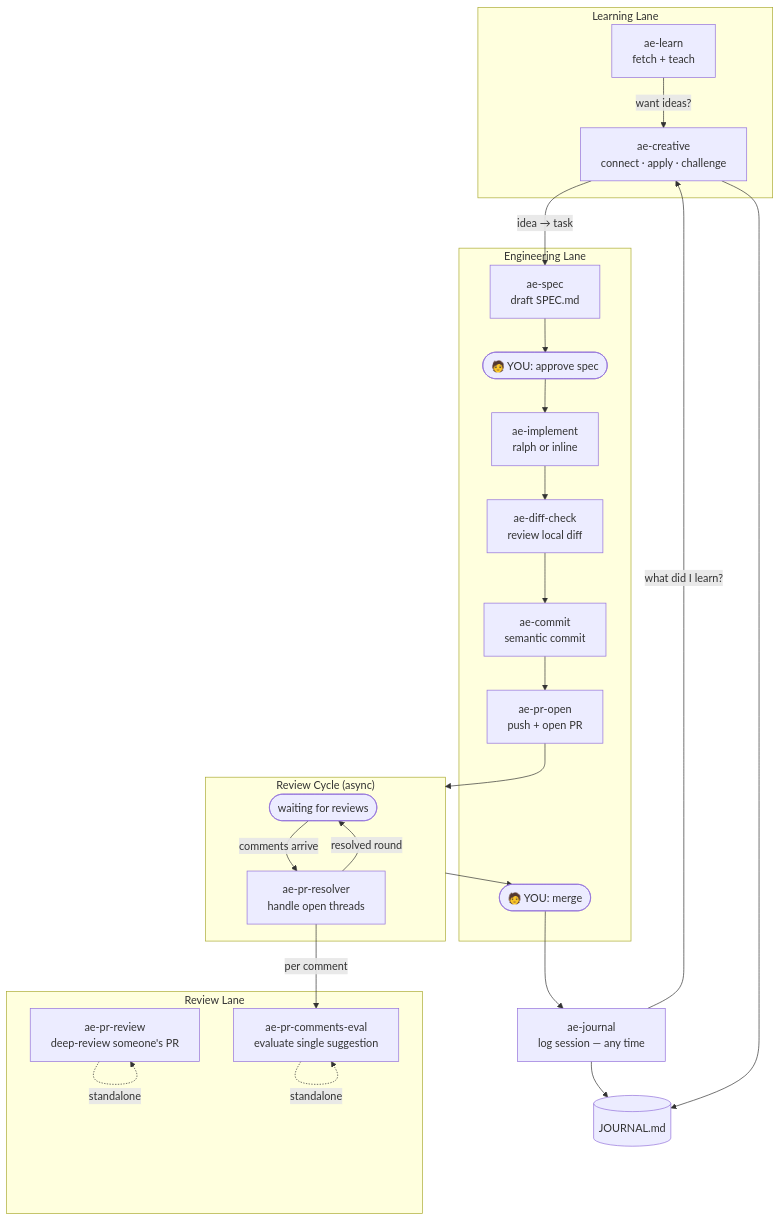
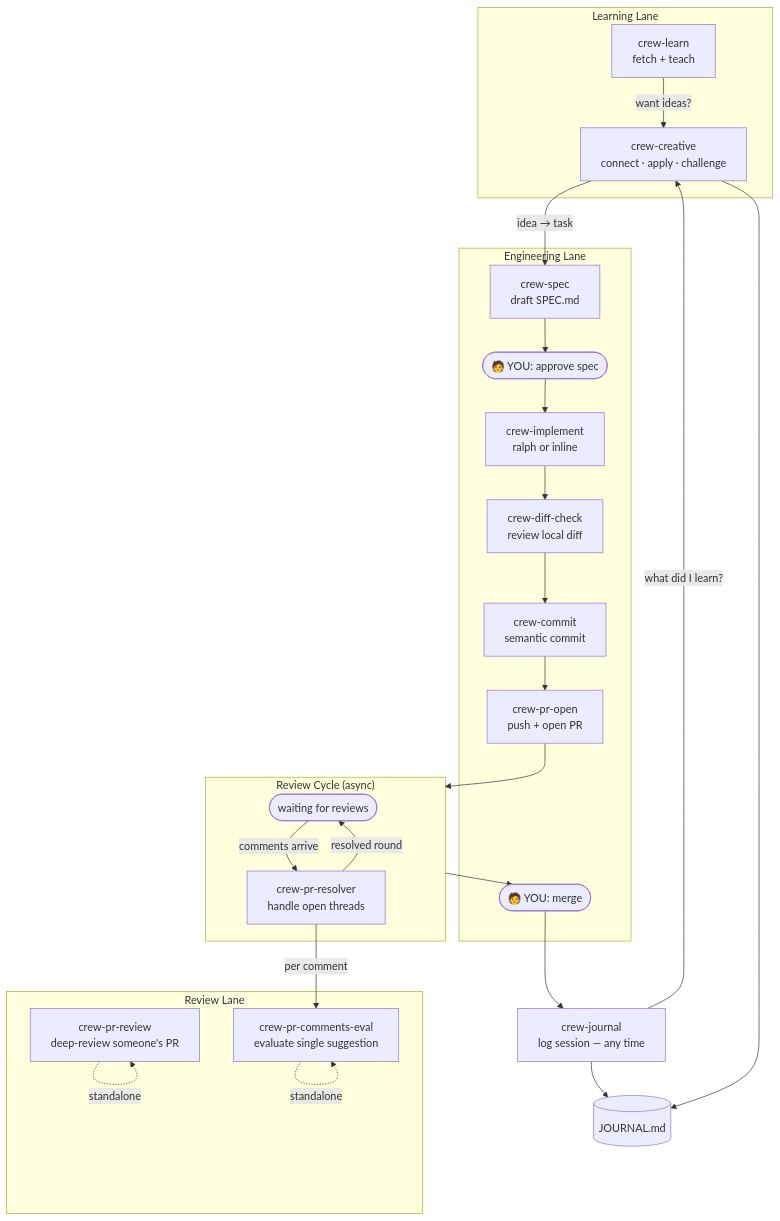
The diagram in README.md (crespocarlos/el-capitan), drawn with Mermaid before and after one commit. The commit also changed other lines of this file and 21 other files, not shown here.

````diff
--- a/README.md
+++ b/README.md
@@ -9,45 +9,45 @@
 ```mermaid
 flowchart TD
     subgraph learning ["Learning Lane"]
-        learn["ae-learn\nfetch + teach"]
-        creative["ae-creative\nconnect · apply · challenge"]
+        learn["crew-learn\nfetch + teach"]
+        creative["crew-creative\nconnect · apply · challenge"]
         learn -->|"want ideas?"| creative
     end
 
     subgraph engineering ["Engineering Lane"]
-        spec["ae-spec\ndraft SPEC.md"]
+        spec["crew-spec\ndraft SPEC.md"]
         approve(["🧑 YOU: approve spec"])
-        implement["ae-implement\nralph or inline"]
-        diffcheck["ae-diff-check\nreview local diff"]
-        commit["ae-commit\nsemantic commit"]
-        propen["ae-pr-open\npush + open PR"]
+        implement["crew-implement\nralph or inline"]
+        diffcheck["crew-diff-check\nreview local diff"]
+        commit["crew-commit\nsemantic commit"]
+        propen["crew-pr-open\npush + open PR"]
         merge(["🧑 YOU: merge"])
     end
 
     subgraph reviewCycle ["Review Cycle (async)"]
         waiting(["waiting for reviews"])
-        resolver["ae-pr-resolver\nhandle open threads"]
+        resolver["crew-pr-resolver\nhandle open threads"]
         waiting -->|"comments arrive"| resolver
         resolver -->|"resolved round"| waiting
     end
 
     subgraph review ["Review Lane"]
-        prreview["ae-pr-review\ndeep-review someone's PR"]
-        eval["ae-pr-comments-eval\nevaluate single suggestion"]
+        prreview["crew-pr-review\ndeep-review someone's PR"]
+        eval["crew-pr-comments-eval\nevaluate single suggestion"]
     end
 
-    journal["ae-journal\nlog session — any time"]
+    journal["crew-journal\nlog session — any time"]
     journalmd[("JOURNAL.md")]
 
     creative -->|"idea → task"| spec
     spec --> approve --> implement --> diffcheck --> commit --> propen --> reviewCycle --> merge
 
     prreview -.->|"standalone"| prreview
     eval -.->|"standalone"| eval
     resolver -->|"per comment"| eval
 
     merge --> journal
     journal --> journalmd
     creative --> journalmd
     journal -->|"what did I learn?"| creative
 ```
````
